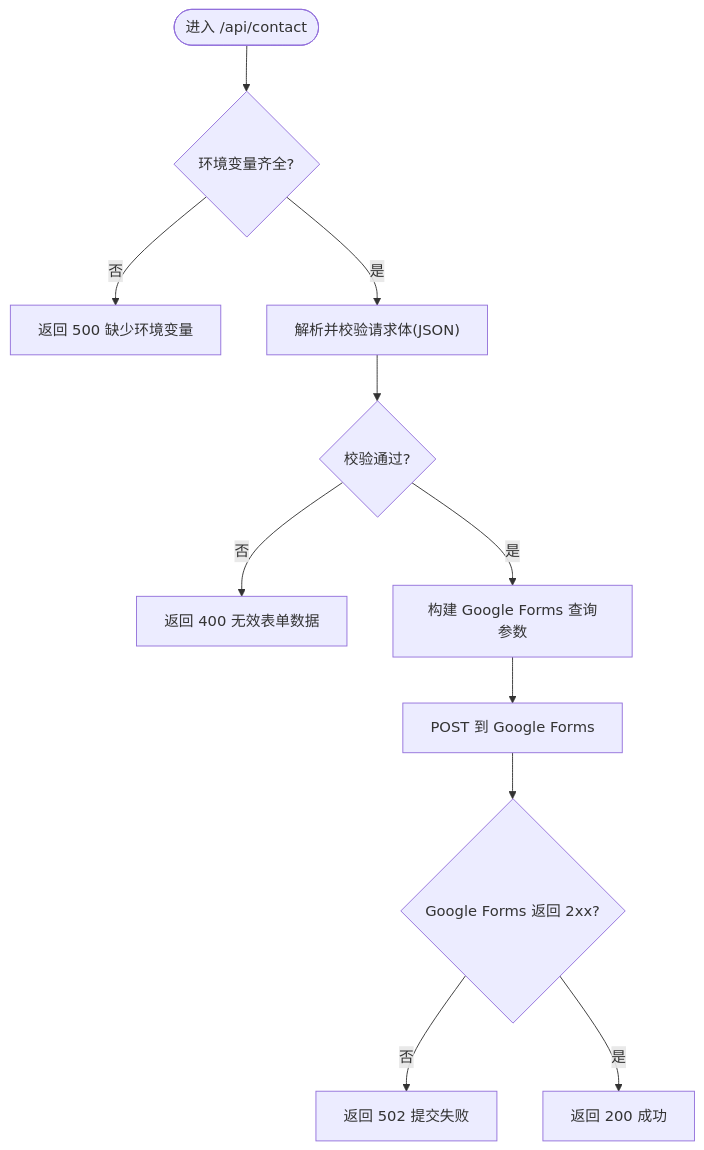
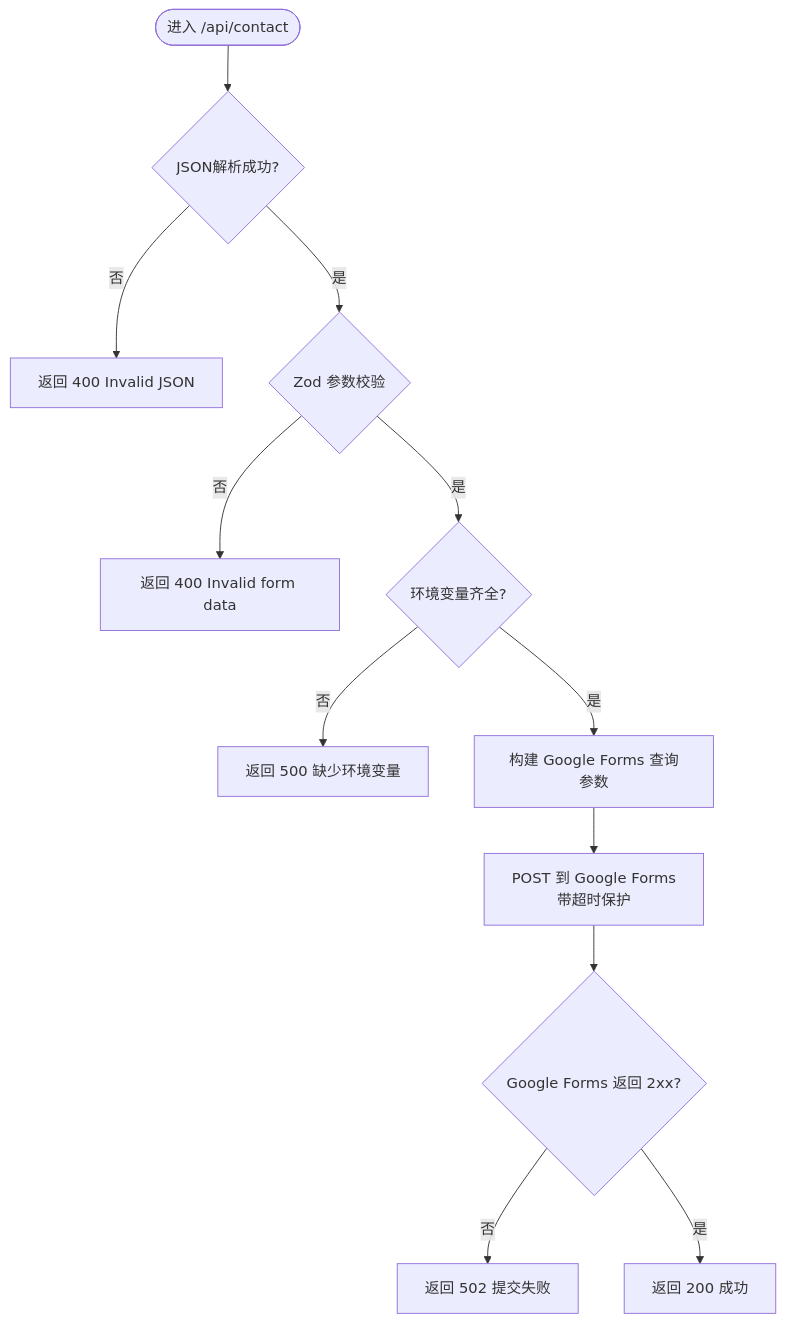
One commit to florianjsun/next-portfolio changed the third of 6 diagrams in .qoder/repowiki/zh/content/API接口文档/API接口文档.md. Above: the diagram before and after it, drawn with Mermaid. The commit also changed other lines of this file and 49 other files, not shown here.

````diff
--- a/.qoder/repowiki/zh/content/API接口文档/API接口文档.md
+++ b/.qoder/repowiki/zh/content/API接口文档/API接口文档.md
@@ -146,13 +200,14 @@
 ```mermaid
 flowchart TD
-Start(["进入 /api/contact"]) --> CheckEnv{"环境变量齐全?"}
-CheckEnv --> |否| Err500["返回 500 缺少环境变量"]
-CheckEnv --> |是| Parse["解析并校验请求体(JSON)"]
-Parse --> Valid{"校验通过?"}
-Valid --> |否| Err400["返回 400 无效表单数据"]
-Valid --> |是| BuildParams["构建 Google Forms 查询参数"]
-BuildParams --> PostGF["POST 到 Google Forms"]
+Start(["进入 /api/contact"]) --> ParseJSON{"JSON解析成功?"}
+ParseJSON --> |否| Err400JSON["返回 400 Invalid JSON"]
+ParseJSON --> |是| Validate{"Zod 参数校验"}
+Validate --> |否| Err400Data["返回 400 Invalid form data"]
+Validate --> |是| CheckEnv{"环境变量齐全?"}
+CheckEnv --> |否| Err500Env["返回 500 缺少环境变量"]
+CheckEnv --> |是| BuildParams["构建 Google Forms 查询参数"]
+BuildParams --> PostGF["POST 到 Google Forms<br/>带超时保护"]
 PostGF --> Ok{"Google Forms 返回 2xx?"}
 Ok --> |否| Err502["返回 502 提交失败"]
 Ok --> |是| Success["返回 200 成功"]
 ```
````
